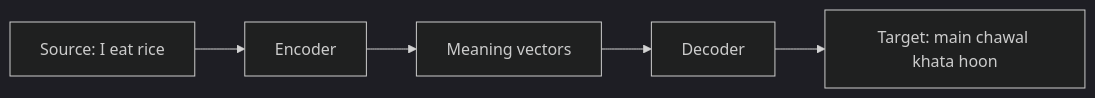
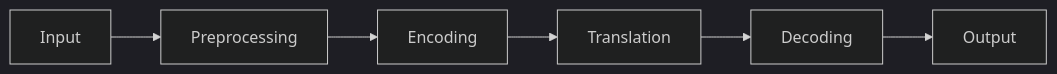
The diagram in content/natural-language-processing/pyq/2024-12/q6c.mdx (TrendySloth1001/sem-seven-notes), drawn with Mermaid (dark theme) before and after one commit. The commit also changed other lines of this file and 406 other files, not shown here.

````diff
--- a/content/natural-language-processing/pyq/2024-12/q6c.mdx
+++ b/content/natural-language-processing/pyq/2024-12/q6c.mdx
@@ -15,5 +9,5 @@
 ```mermaid
-%% caption: Neural machine translation. The encoder turns the source sentence into numbers; the decoder writes the target sentence word by word.
+%% caption: Machine translation in six steps.
 flowchart LR
-  A["Source: I eat rice"] --> B["Encoder"] --> C["Meaning vectors"] --> D["Decoder"] --> E["Target: main chawal khata hoon"]
+  A["Input"] --> B["Preprocessing"] --> C["Encoding"] --> D["Translation"] --> E["Decoding"] --> F["Output"]
 ```
````
